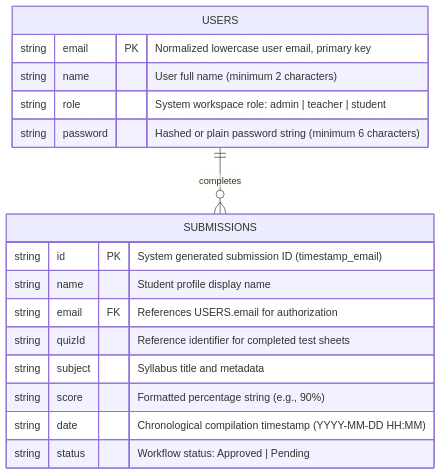
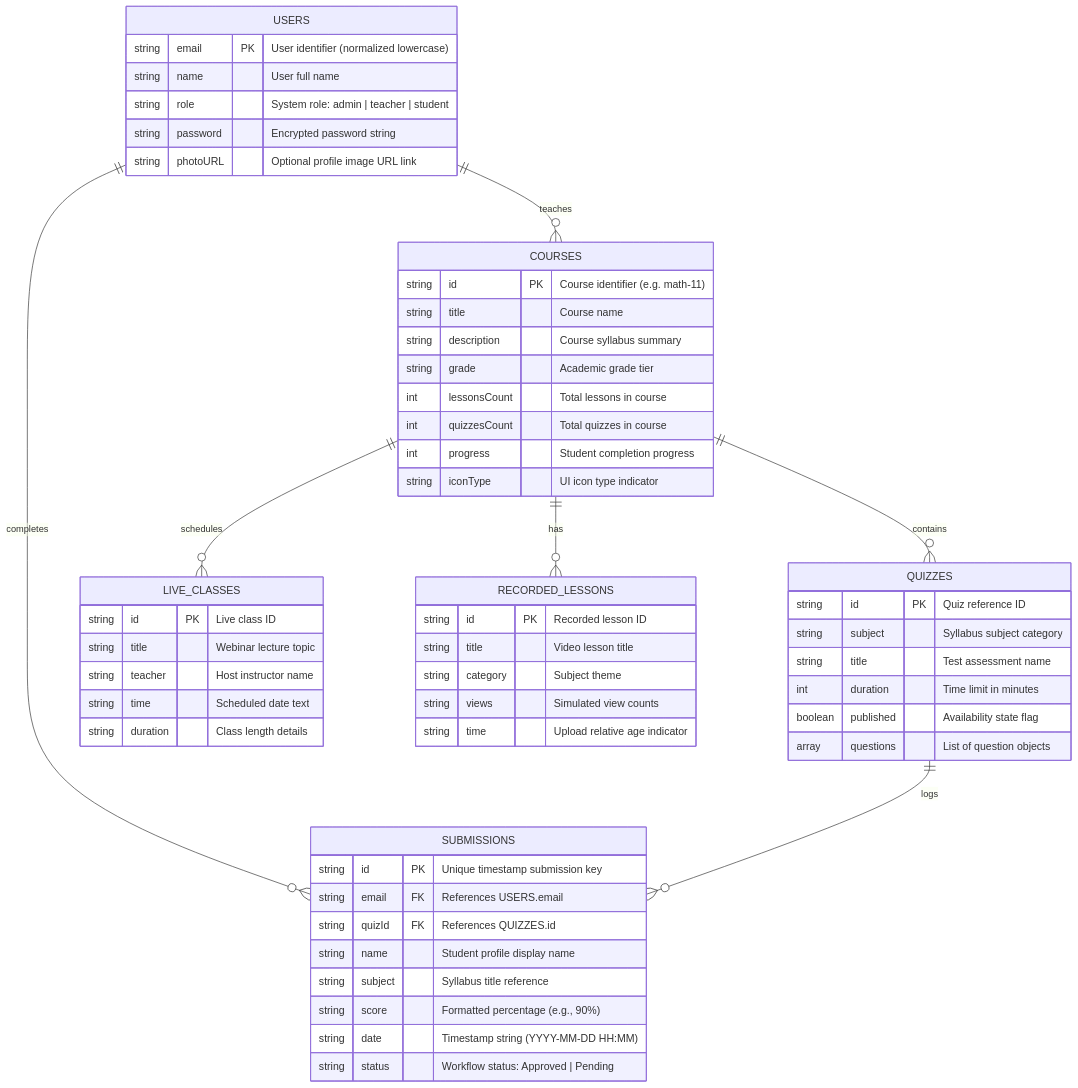
The first of 2 diagrams in README.md (KavishkaAswaththa/MasterLearning), drawn with Mermaid before and after one commit. The commit also changed other lines of this file, not shown here.

Commit message:
docs: rewrite README to reflect MasterLearning's expansion to a cloud-native JAMstack architecture and updated ER schema.

````diff
--- a/README.md
+++ b/README.md
@@ -46,22 +45,64 @@
 ```mermaid
 erDiagram
     USERS {
-        string email PK "Normalized lowercase user email, primary key"
-        string name "User full name (minimum 2 characters)"
-        string role "System workspace role: admin | teacher | student"
-        string password "Hashed or plain password string (minimum 6 characters)"
+        string email PK "User identifier (normalized lowercase)"
+        string name "User full name"
+        string role "System role: admin | teacher | student"
+        string password "Encrypted password string"
+        string photoURL "Optional profile image URL link"
     }
-    
+
+    COURSES {
+        string id PK "Course identifier (e.g. math-11)"
+        string title "Course name"
+        string description "Course syllabus summary"
+        string grade "Academic grade tier"
+        int lessonsCount "Total lessons in course"
+        int quizzesCount "Total quizzes in course"
+        int progress "Student completion progress"
+        string iconType "UI icon type indicator"
+    }
+
+    QUIZZES {
+        string id PK "Quiz reference ID"
+        string subject "Syllabus subject category"
+        string title "Test assessment name"
+        int duration "Time limit in minutes"
+        boolean published "Availability state flag"
+        array questions "List of question objects"
+    }
+
     SUBMISSIONS {
-        string id PK "System generated submission ID (timestamp_email)"
+        string id PK "Unique timestamp submission key"
+        string email FK "References USERS.email"
+        string quizId FK "References QUIZZES.id"
         string name "Student profile display name"
-        string email FK "References USERS.email for authorization"
-        string quizId "Reference identifier for completed test sheets"
-        string subject "Syllabus title and metadata"
-        string score "Formatted percentage string (e.g., 90%)"
-        string date "Chronological compilation timestamp (YYYY-MM-DD HH:MM)"
+        string subject "Syllabus title reference"
+        string score "Formatted percentage (e.g., 90%)"
+        string date "Timestamp string (YYYY-MM-DD HH:MM)"
         string status "Workflow status: Approved | Pending"
     }
 
+    LIVE_CLASSES {
+        string id PK "Live class ID"
+        string title "Webinar lecture topic"
+        string teacher "Host instructor name"
+        string time "Scheduled date text"
+        string duration "Class length details"
+    }
+
+    RECORDED_LESSONS {
+        string id PK "Recorded lesson ID"
+        string title "Video lesson title"
+        string category "Subject theme"
+        string views "Simulated view counts"
+        string time "Upload relative age indicator"
+    }
+
     USERS ||--o{ SUBMISSIONS : "completes"
+    USERS ||--o{ COURSES : "teaches"
+    COURSES ||--o{ QUIZZES : "contains"
+    QUIZZES ||--o{ SUBMISSIONS : "logs"
+    COURSES ||--o{ RECORDED_LESSONS : "has"
+    COURSES ||--o{ LIVE_CLASSES : "schedules"
 ```
````
